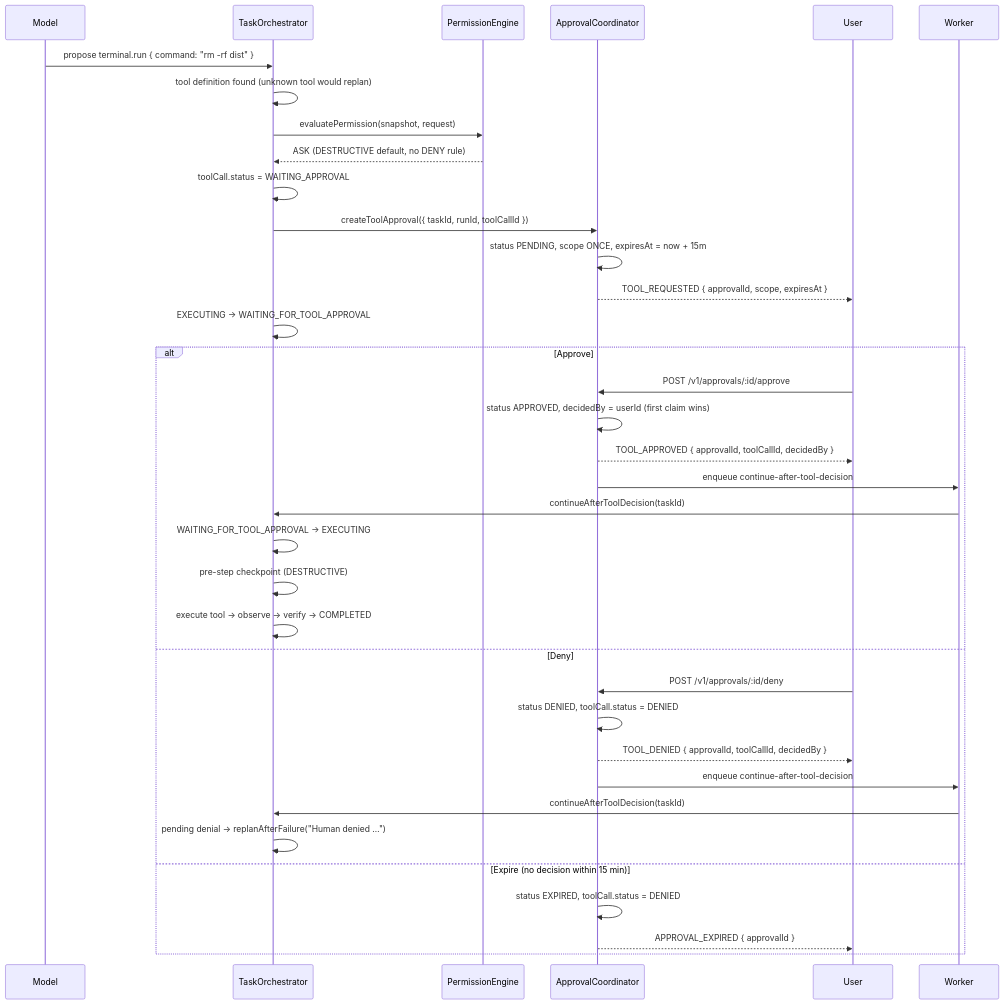
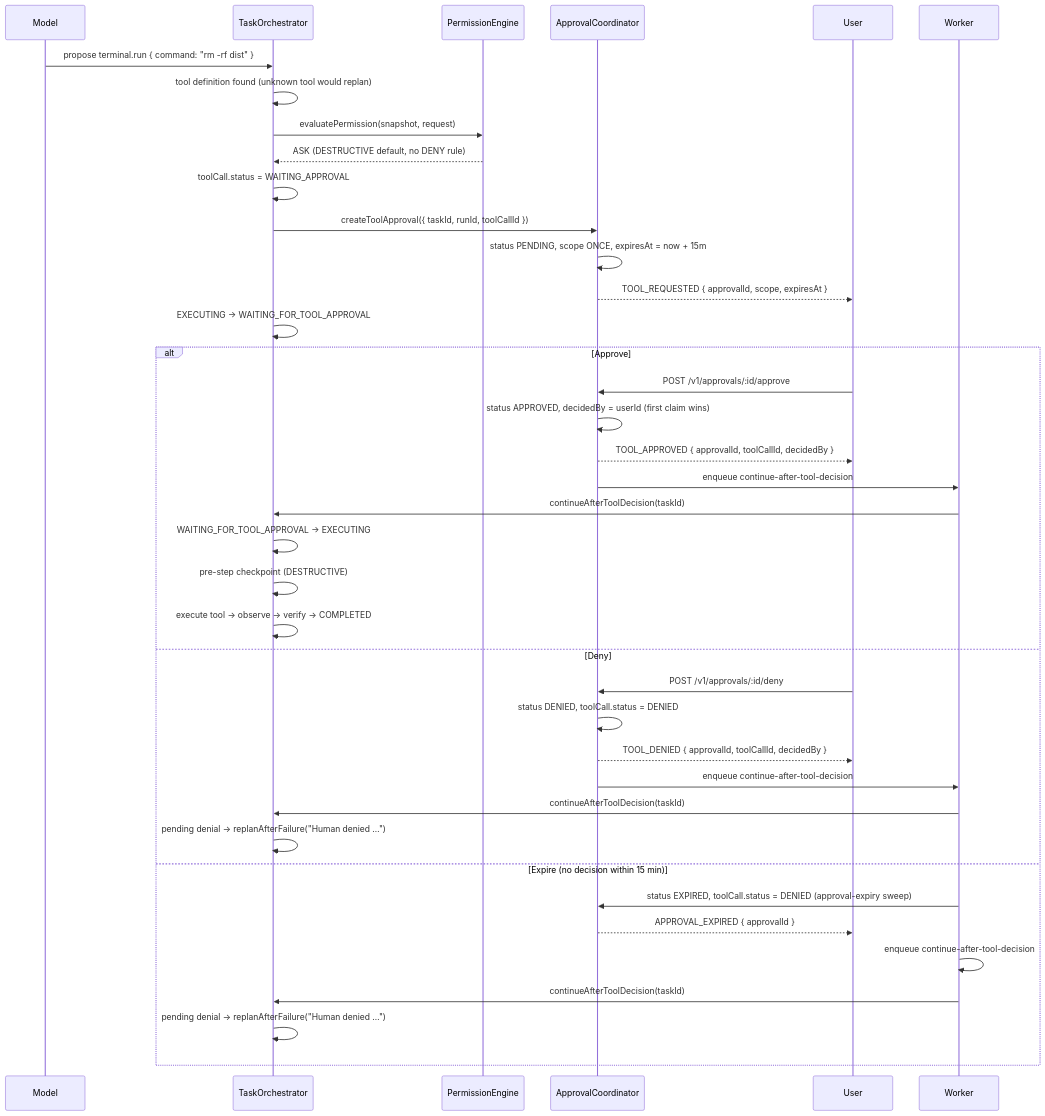
Before and after one commit to veerendrabotla/ai-harness: the diagram in docs/guides/permissions-and-approvals.md, drawn with Mermaid. The commit also changed other lines of this file and 29 other files, not shown here.

Commit message:
Add scheduled tasks with live-fire E2E and fix approval-expiry resume hang

````diff
--- a/docs/guides/permissions-and-approvals.md
+++ b/docs/guides/permissions-and-approvals.md
@@ -203,39 +203,42 @@
 ```mermaid
 sequenceDiagram
     participant M as Model
     participant O as TaskOrchestrator
     participant P as PermissionEngine
     participant A as ApprovalCoordinator
     participant U as User
     participant W as Worker
 
     M->>O: propose terminal.run { command: "rm -rf dist" }
     O->>O: tool definition found (unknown tool would replan)
     O->>P: evaluatePermission(snapshot, request)
     P-->>O: ASK (DESTRUCTIVE default, no DENY rule)
     O->>O: toolCall.status = WAITING_APPROVAL
     O->>A: createToolApproval({ taskId, runId, toolCallId })
     A->>A: status PENDING, scope ONCE, expiresAt = now + 15m
     A-->>U: TOOL_REQUESTED { approvalId, scope, expiresAt }
     O->>O: EXECUTING → WAITING_FOR_TOOL_APPROVAL
     alt Approve
         U->>A: POST /v1/approvals/:id/approve
         A->>A: status APPROVED, decidedBy = userId (first claim wins)
         A-->>U: TOOL_APPROVED { approvalId, toolCallId, decidedBy }
         A->>W: enqueue continue-after-tool-decision
         W->>O: continueAfterToolDecision(taskId)
         O->>O: WAITING_FOR_TOOL_APPROVAL → EXECUTING
         O->>O: pre-step checkpoint (DESTRUCTIVE)
         O->>O: execute tool → observe → verify → COMPLETED
     else Deny
         U->>A: POST /v1/approvals/:id/deny
         A->>A: status DENIED, toolCall.status = DENIED
         A-->>U: TOOL_DENIED { approvalId, toolCallId, decidedBy }
         A->>W: enqueue continue-after-tool-decision
         W->>O: continueAfterToolDecision(taskId)
         O->>O: pending denial → replanAfterFailure("Human denied …")
     else Expire (no decision within 15 min)
-        A->>A: status EXPIRED, toolCall.status = DENIED
+        W->>A: status EXPIRED, toolCall.status = DENIED (approval-expiry sweep)
         A-->>U: APPROVAL_EXPIRED { approvalId }
+        W->>W: enqueue continue-after-tool-decision
+        W->>O: continueAfterToolDecision(taskId)
+        O->>O: pending denial → replanAfterFailure("Human denied …")
     end
 ```
````
